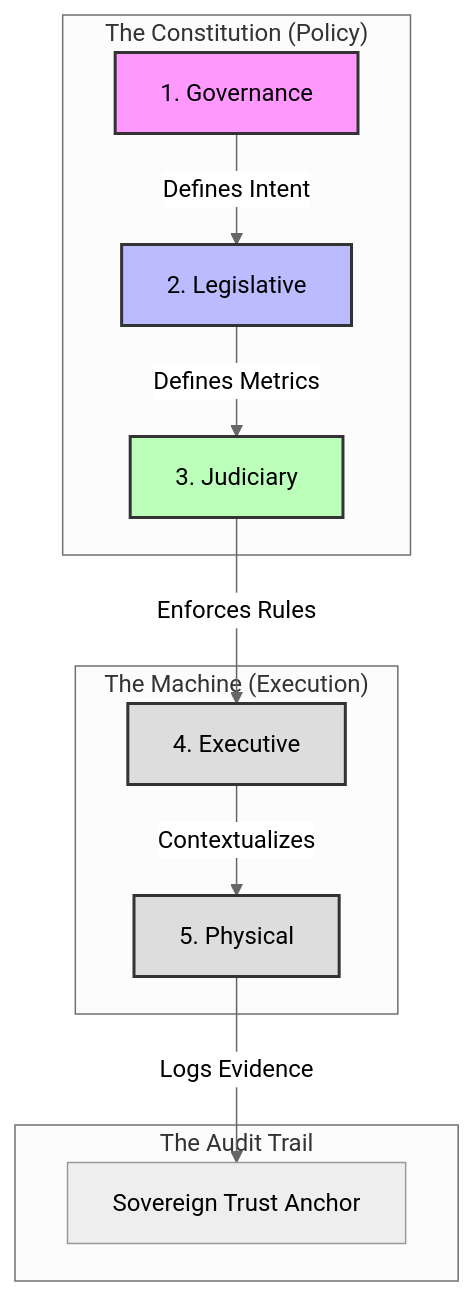
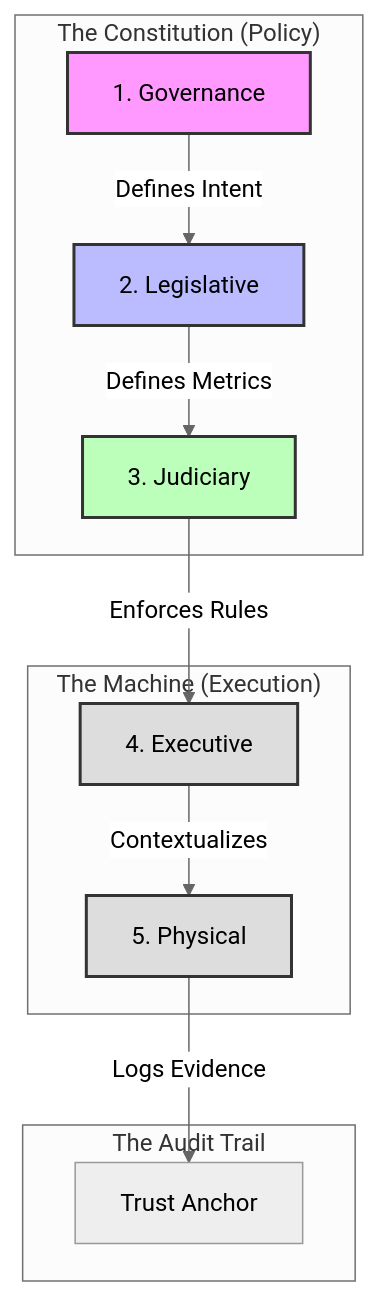
One commit to MetricProvenance/odgs-protocol changed the diagram in README.md. Above: the diagram before and after it, drawn with Mermaid (neutral theme). The commit also changed other lines of this file and 35 other files, not shown here.

````diff
--- a/README.md
+++ b/README.md
@@ -108,19 +112,19 @@
 ```mermaid
 graph TD
     subgraph "The Constitution (Policy)"
         L[1. Governance] -->|Defines Intent| Leg[2. Legislative]
         Leg -->|Defines Metrics| Jud[3. Judiciary]
     end
     subgraph "The Machine (Execution)"
         Jud -->|Enforces Rules| Ex[4. Executive]
         Ex -->|Contextualizes| Phy[5. Physical]
     end
     subgraph "The Audit Trail"
-        Phy -->|Logs Evidence| Anchor[Sovereign Trust Anchor]
+        Phy -->|Logs Evidence| Anchor[Trust Anchor]
     end
     style L fill:#f9f,stroke:#333,stroke-width:2px
     style Leg fill:#bbf,stroke:#333,stroke-width:2px
     style Jud fill:#bfb,stroke:#333,stroke-width:2px
     style Ex fill:#ddd,stroke:#333,stroke-width:2px
     style Phy fill:#ddd,stroke:#333,stroke-width:2px
 ```
````
